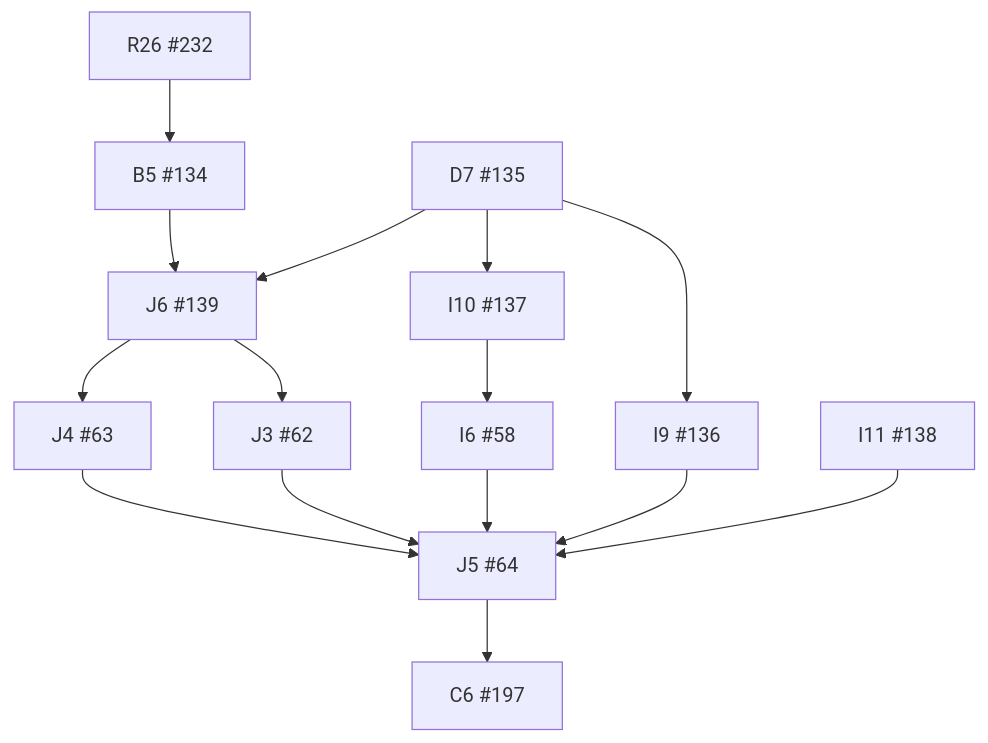
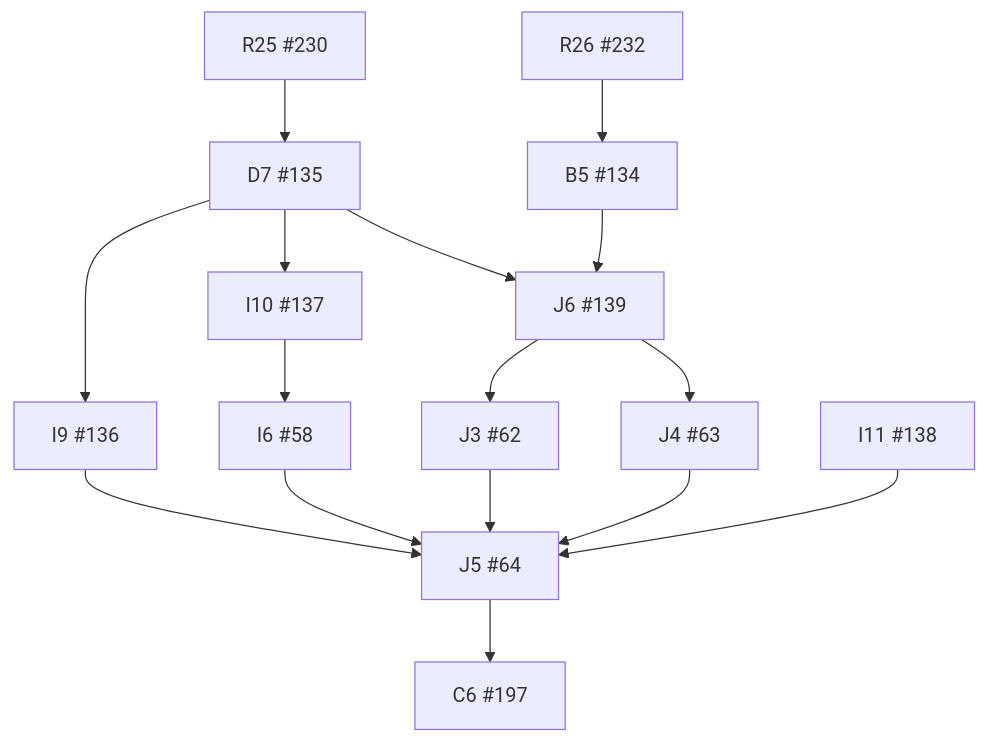
The diagram in docs/implementation/dependency-graph.md (wojtekpiskorz/kiero), drawn with Mermaid before and after one commit. The commit also changed other lines of this file and 3 other files, not shown here.

````diff
--- a/docs/implementation/dependency-graph.md
+++ b/docs/implementation/dependency-graph.md
@@ -9,29 +9,31 @@
 ```mermaid
 flowchart TD
   I6["I6 #58"]
   J3["J3 #62"]
   J4["J4 #63"]
   J5["J5 #64"]
   B5["B5 #134"]
   D7["D7 #135"]
   I9["I9 #136"]
   I10["I10 #137"]
   I11["I11 #138"]
   J6["J6 #139"]
   C6["C6 #197"]
+  R25["R25 #230"]
   R26["R26 #232"]
   I10 --> I6
   J6 --> J3
   J6 --> J4
   I6 --> J5
   J3 --> J5
   J4 --> J5
   I9 --> J5
   I11 --> J5
   R26 --> B5
+  R25 --> D7
   D7 --> I9
   D7 --> I10
   D7 --> J6
   B5 --> J6
   J5 --> C6
 ```
````
